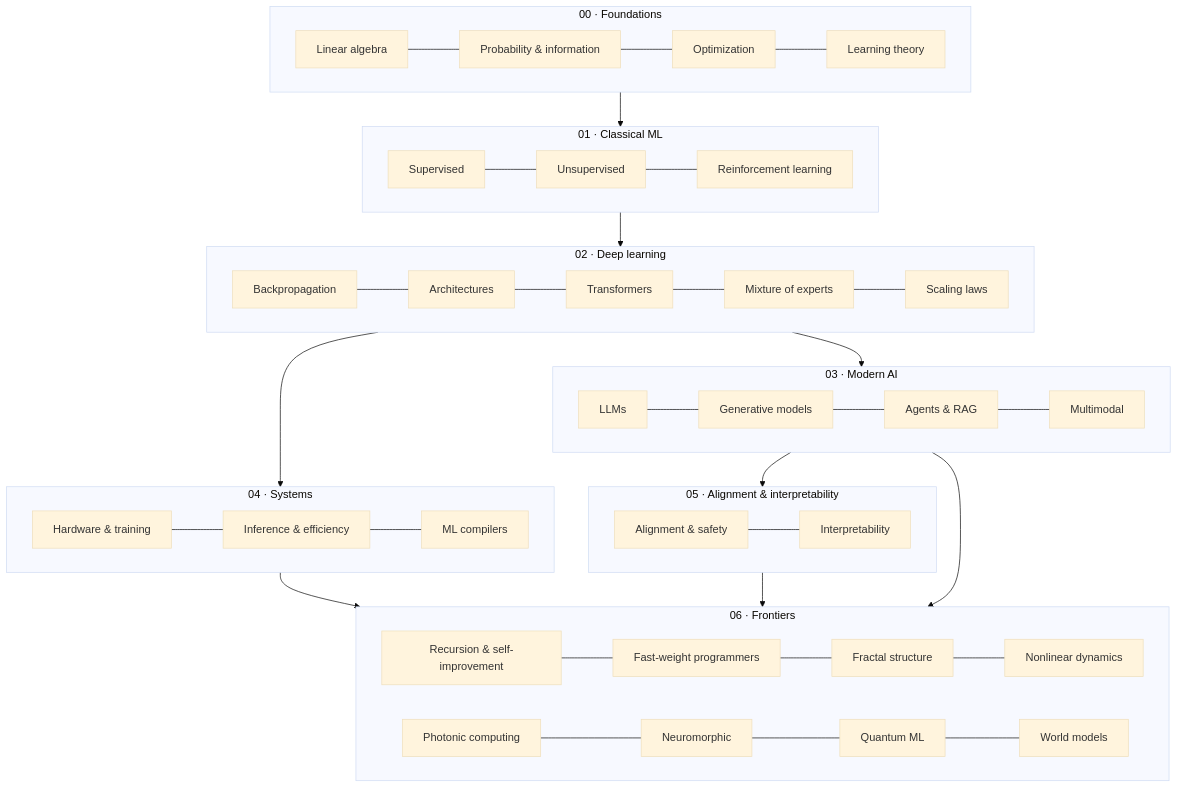
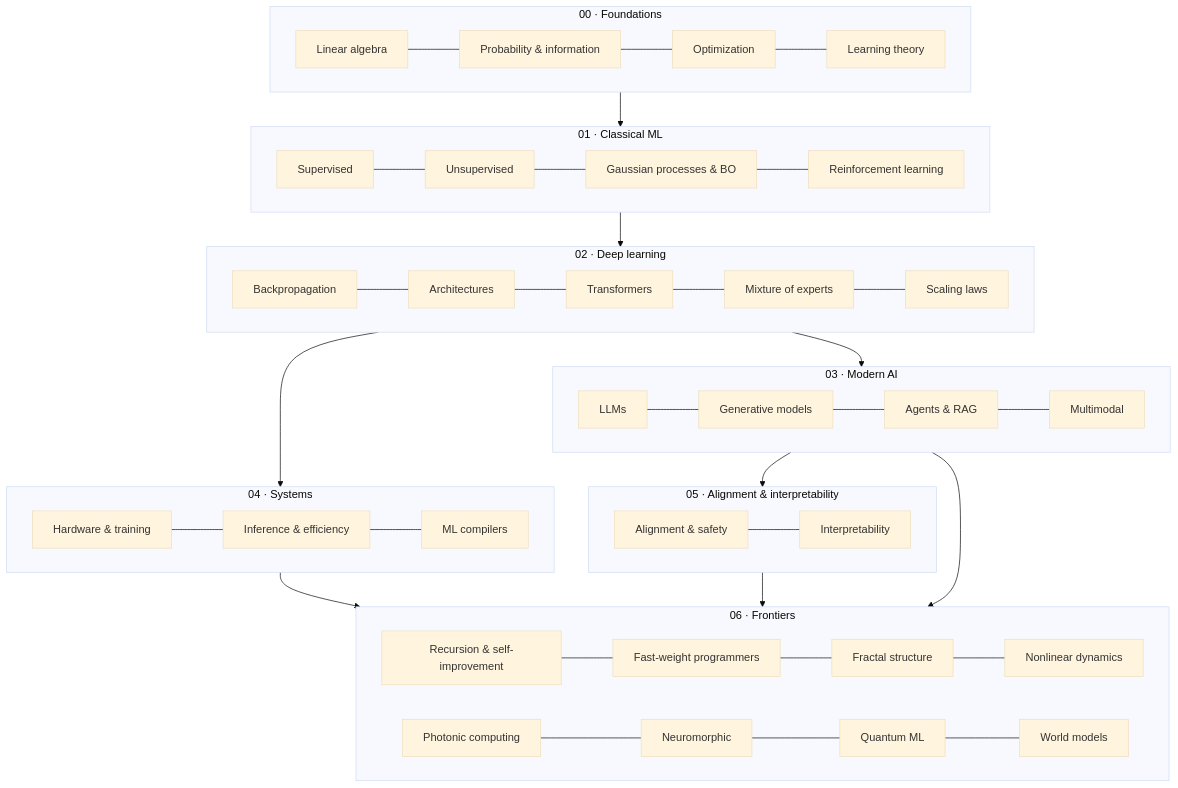
The diagram in README.md (marcpoliquin5/understanding-ai), drawn with Mermaid (base theme) before and after one commit. The commit also changed other lines of this file and 6 other files, not shown here.

Commit message:
Add Gaussian processes and Bayesian optimization page (Classical ML) with 26 checked references

````diff
--- a/README.md
+++ b/README.md
@@ -30,31 +30,31 @@
 ```mermaid
 flowchart TB
     subgraph F[00 · Foundations]
         F1[Linear algebra] --- F2[Probability & information] --- F3[Optimization] --- F4[Learning theory]
     end
     subgraph C[01 · Classical ML]
-        C1[Supervised] --- C2[Unsupervised] --- C3[Reinforcement learning]
+        C1[Supervised] --- C2[Unsupervised] --- C4[Gaussian processes & BO] --- C3[Reinforcement learning]
     end
     subgraph D[02 · Deep learning]
         D1[Backpropagation] --- D2[Architectures] --- D3[Transformers] --- D5[Mixture of experts] --- D4[Scaling laws]
     end
     subgraph M[03 · Modern AI]
         M1[LLMs] --- M2[Generative models] --- M3[Agents & RAG] --- M4[Multimodal]
     end
     subgraph S[04 · Systems]
         S1[Hardware & training] --- S2[Inference & efficiency] --- S3[ML compilers]
     end
     subgraph A[05 · Alignment & interpretability]
         A1[Alignment & safety] --- A2[Interpretability]
     end
     subgraph X[06 · Frontiers]
         X1[Recursion & self-improvement] --- X1b[Fast-weight programmers] --- X2[Fractal structure] --- X3[Nonlinear dynamics]
         X4[Photonic computing] --- X5[Neuromorphic] --- X6[Quantum ML] --- X7[World models]
     end
     F --> C --> D --> M
     D --> S
     M --> A
     S --> X
     A --> X
     M --> X
 ```
````
